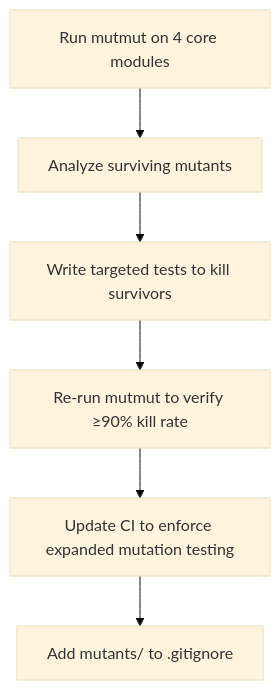
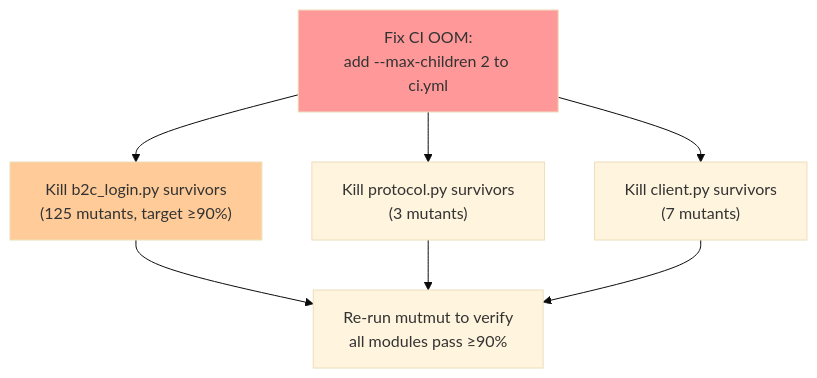
One commit to deviantintegral/flameconnect changed the diagram in .ai/task-manager/plans/12--mutation-testing-expansion/plan-12--mutation-testing-expansion.md. Above: the diagram before and after it, drawn with Mermaid (base theme). The commit also changed other lines of this file, not shown here.

First line of the commit message:
chore(ai): update plan 12 — mutation testing OOM fix and mutant killing

````diff
--- a/.ai/task-manager/plans/12--mutation-testing-expansion/plan-12--mutation-testing-expansion.md
+++ b/.ai/task-manager/plans/12--mutation-testing-expansion/plan-12--mutation-testing-expansion.md
@@ -46,8 +60,12 @@
 ```mermaid
 graph TD
-    A["Run mutmut on 4 core modules"] --> B["Analyze surviving mutants"]
-    B --> C["Write targeted tests to kill survivors"]
-    C --> D["Re-run mutmut to verify ≥90% kill rate"]
-    D --> E["Update CI to enforce expanded mutation testing"]
-    E --> F["Add mutants/ to .gitignore"]
+    A["Fix CI OOM:<br>add --max-children 2 to ci.yml"] --> B["Kill b2c_login.py survivors<br>(125 mutants, target ≥90%)"]
+    A --> C["Kill protocol.py survivors<br>(3 mutants)"]
+    A --> D["Kill client.py survivors<br>(7 mutants)"]
+    B --> E["Re-run mutmut to verify<br>all modules pass ≥90%"]
+    C --> E
+    D --> E
+
+    style A fill:#ff9999
+    style B fill:#ffcc99
 ```
````
